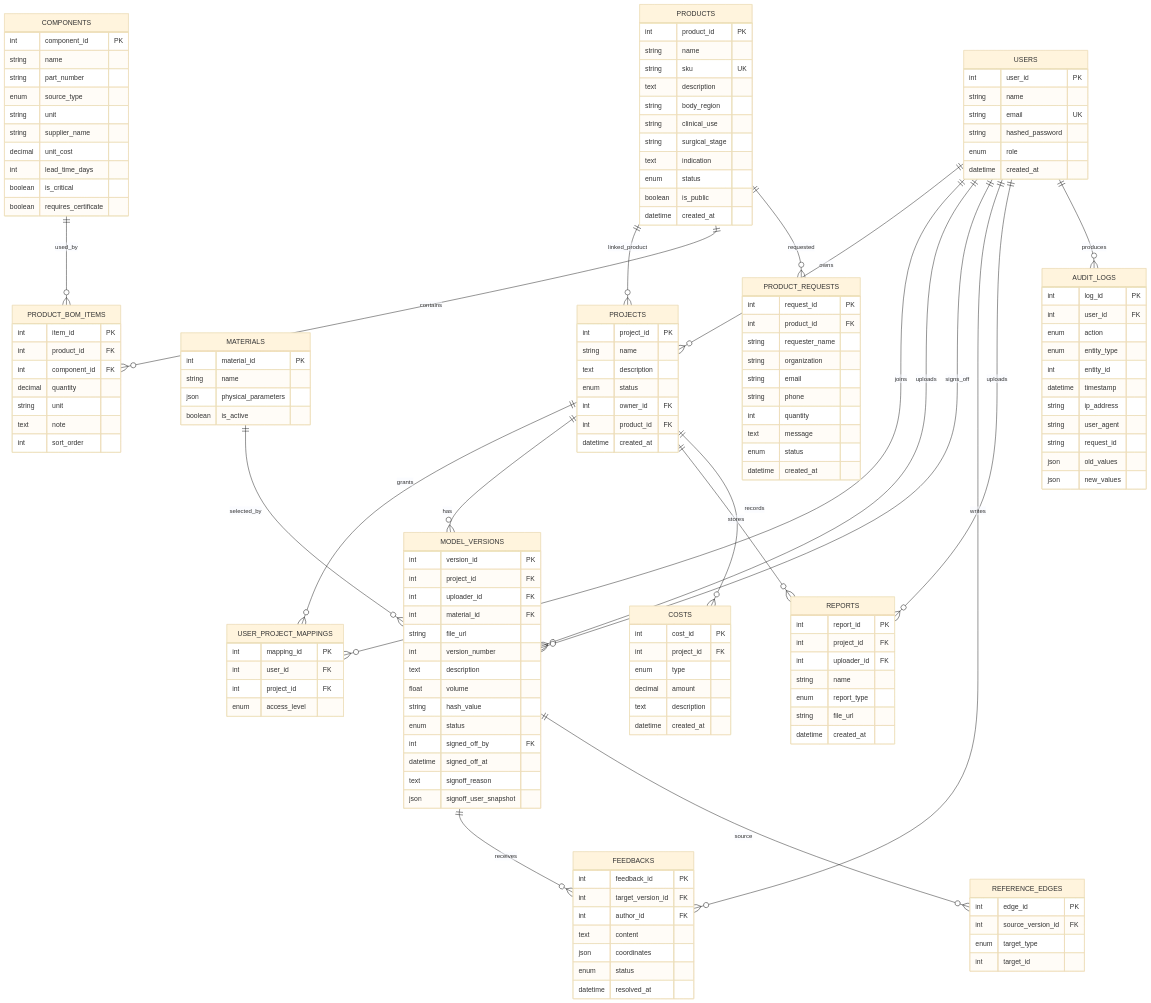
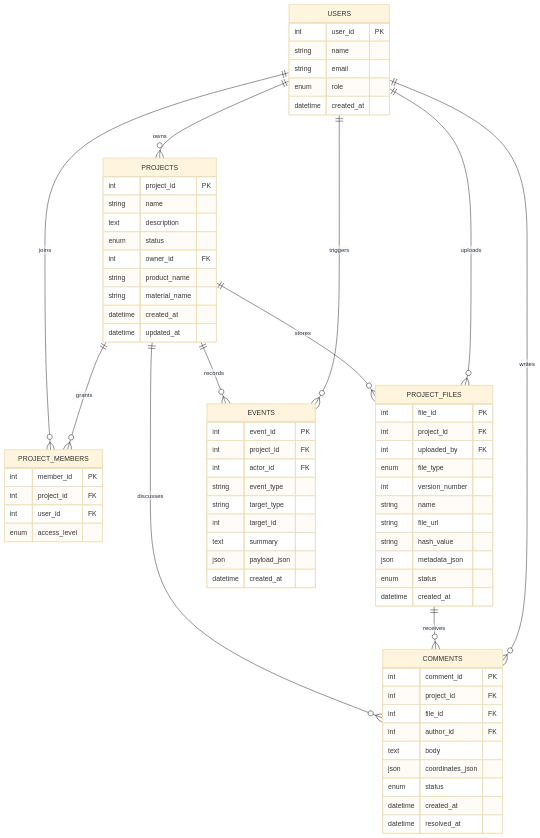
One commit to lalyuns/sleek-medtech changed the diagram in 期末專案報告.md. Above: the diagram before and after it, drawn with Mermaid (base theme). The commit also changed other lines of this file, not shown here.

````diff
--- a/期末專案報告.md
+++ b/期末專案報告.md
@@ -521,10 +404,20 @@
 ```mermaid
 erDiagram
+    USERS ||--o{ PROJECTS : owns
+    USERS ||--o{ PROJECT_MEMBERS : joins
+    PROJECTS ||--o{ PROJECT_MEMBERS : grants
+    PROJECTS ||--o{ PROJECT_FILES : stores
+    PROJECTS ||--o{ COMMENTS : discusses
+    PROJECTS ||--o{ EVENTS : records
+    PROJECT_FILES ||--o{ COMMENTS : receives
+    USERS ||--o{ PROJECT_FILES : uploads
+    USERS ||--o{ COMMENTS : writes
+    USERS ||--o{ EVENTS : triggers
+
     USERS {
         int user_id PK
         string name
-        string email UK
-        string hashed_password
+        string email
         enum role
         datetime created_at
     }
@@ -535,160 +428,54 @@
         text description
         enum status
         int owner_id FK
-        int product_id FK
+        string product_name
+        string material_name
         datetime created_at
+        datetime updated_at
     }
 
-    USER_PROJECT_MAPPINGS {
-        int mapping_id PK
+    PROJECT_MEMBERS {
+        int member_id PK
+        int project_id FK
         int user_id FK
-        int project_id FK
         enum access_level
     }
 
-    MATERIALS {
-        int material_id PK
+    PROJECT_FILES {
+        int file_id PK
+        int project_id FK
+        int uploaded_by FK
+        enum file_type
+        int version_number
         string name
-        json physical_parameters
-        boolean is_active
-    }
-
-    MODEL_VERSIONS {
-        int version_id PK
-        int project_id FK
-        int uploader_id FK
-        int material_id FK
         string file_url
-        int version_number
-        text description
-        float volume
         string hash_value
-        enum status
-        int signed_off_by FK
-        datetime signed_off_at
-        text signoff_reason
-        json signoff_user_snapshot
-    }
-
-    FEEDBACKS {
-        int feedback_id PK
-        int target_version_id FK
-        int author_id FK
-        text content
-        json coordinates
-        enum status
-        datetime resolved_at
-    }
-
-    REPORTS {
-        int report_id PK
-        int project_id FK
-        int uploader_id FK
-        string name
-        enum report_type
-        string file_url
-        datetime created_at
-    }
-
-    REFERENCE_EDGES {
-        int edge_id PK
-        int source_version_id FK
-        enum target_type
-        int target_id
-    }
-
-    COSTS {
-        int cost_id PK
-        int project_id FK
-        enum type
-        decimal amount
-        text description
-        datetime created_at
-    }
-
-    AUDIT_LOGS {
-        int log_id PK
-        int user_id FK
-        enum action
-        enum entity_type
-        int entity_id
-        datetime timestamp
-        string ip_address
-        string user_agent
-        string request_id
-        json old_values
-        json new_values
-    }
-
-    PRODUCTS {
-        int product_id PK
-        string name
-        string sku UK
-        text description
-        string body_region
-        string clinical_use
-        string surgical_stage
-        text indication
-        enum status
-        boolean is_public
-        datetime created_at
-    }
-
-    COMPONENTS {
-        int component_id PK
-        string name
-        string part_number
-        enum source_type
-        string unit
-        string supplier_name
-        decimal unit_cost
-        int lead_time_days
-        boolean is_critical
-        boolean requires_certificate
-    }
-
-    PRODUCT_BOM_ITEMS {
-        int item_id PK
-        int product_id FK
-        int component_id FK
-        decimal quantity
-        string unit
-        text note
-        int sort_order
-    }
-
-    PRODUCT_REQUESTS {
-        int request_id PK
-        int product_id FK
-        string requester_name
-        string organization
-        string email
-        string phone
-        int quantity
-        text message
+        json metadata_json
         enum status
         datetime created_at
     }
 
-    USERS ||--o{ PROJECTS : owns
-    USERS ||--o{ USER_PROJECT_MAPPINGS : joins
-    PROJECTS ||--o{ USER_PROJECT_MAPPINGS : grants
-    PRODUCTS ||--o{ PROJECTS : linked_product
+    COMMENTS {
+        int comment_id PK
+        int project_id FK
+        int file_id FK
+        int author_id FK
+        text body
+        json coordinates_json
+        enum status
+        datetime created_at
+        datetime resolved_at
+    }
 
-    PROJECTS ||--o{ MODEL_VERSIONS : has
-    USERS ||--o{ MODEL_VERSIONS : uploads
-    MATERIALS ||--o{ MODEL_VERSIONS : selected_by
-    USERS ||--o{ MODEL_VERSIONS : signs_off
-
-    MODEL_VERSIONS ||--o{ FEEDBACKS : receives
-    USERS ||--o{ FEEDBACKS : writes
-    PROJECTS ||--o{ REPORTS : stores
-    USERS ||--o{ REPORTS : uploads
-    MODEL_VERSIONS ||--o{ REFERENCE_EDGES : source
-    PROJECTS ||--o{ COSTS : records
-    USERS ||--o{ AUDIT_LOGS : produces
-
-    PRODUCTS ||--o{ PRODUCT_BOM_ITEMS : contains
-    COMPONENTS ||--o{ PRODUCT_BOM_ITEMS : used_by
-    PRODUCTS ||--o{ PRODUCT_REQUESTS : requested
+    EVENTS {
+        int event_id PK
+        int project_id FK
+        int actor_id FK
+        string event_type
+        string target_type
+        int target_id
+        text summary
+        json payload_json
+        datetime created_at
+    }
 ```
````
